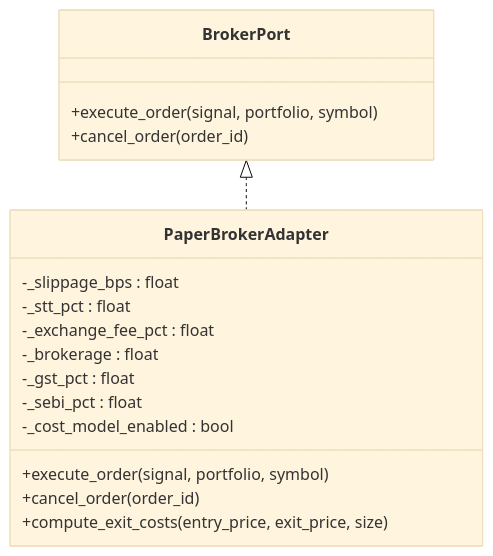
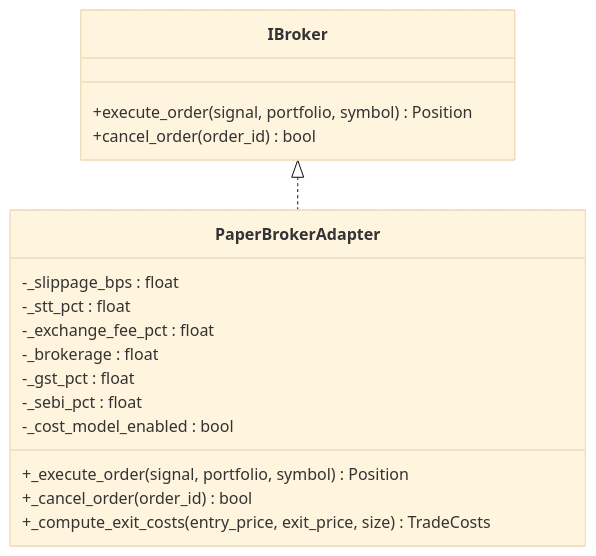
Before and after one commit to gemrajkhatry-maker/v5-of-glassytrade-ai: the sixth of 8 diagrams in .qoder/repowiki/en/content/Backend Application/Infrastructure Adapters/Broker Adapters.md, drawn with Mermaid (base theme). The commit also changed other lines of this file and 219 other files, not shown here.

First line of the commit message:
refactor: major architecture improvements across backend, backendv2, brokers, and frontend

````diff
--- a/.qoder/repowiki/en/content/Backend Application/Infrastructure Adapters/Broker Adapters.md
+++ b/.qoder/repowiki/en/content/Backend Application/Infrastructure Adapters/Broker Adapters.md
@@ -225,20 +345,20 @@
 ```mermaid
 classDiagram
-class BrokerPort {
-+execute_order(signal, portfolio, symbol)
-+cancel_order(order_id)
+class IBroker {
++execute_order(signal, portfolio, symbol) Position
++cancel_order(order_id) bool
 }
 class PaperBrokerAdapter {
 -_slippage_bps : float
 -_stt_pct : float
 -_exchange_fee_pct : float
 -_brokerage : float
 -_gst_pct : float
 -_sebi_pct : float
 -_cost_model_enabled : bool
-+execute_order(signal, portfolio, symbol)
-+cancel_order(order_id)
-+compute_exit_costs(entry_price, exit_price, size)
++_execute_order(signal, portfolio, symbol) Position
++_cancel_order(order_id) bool
++_compute_exit_costs(entry_price, exit_price, size) TradeCosts
 }
-BrokerPort <|.. PaperBrokerAdapter
+IBroker <|.. PaperBrokerAdapter
 ```
````
